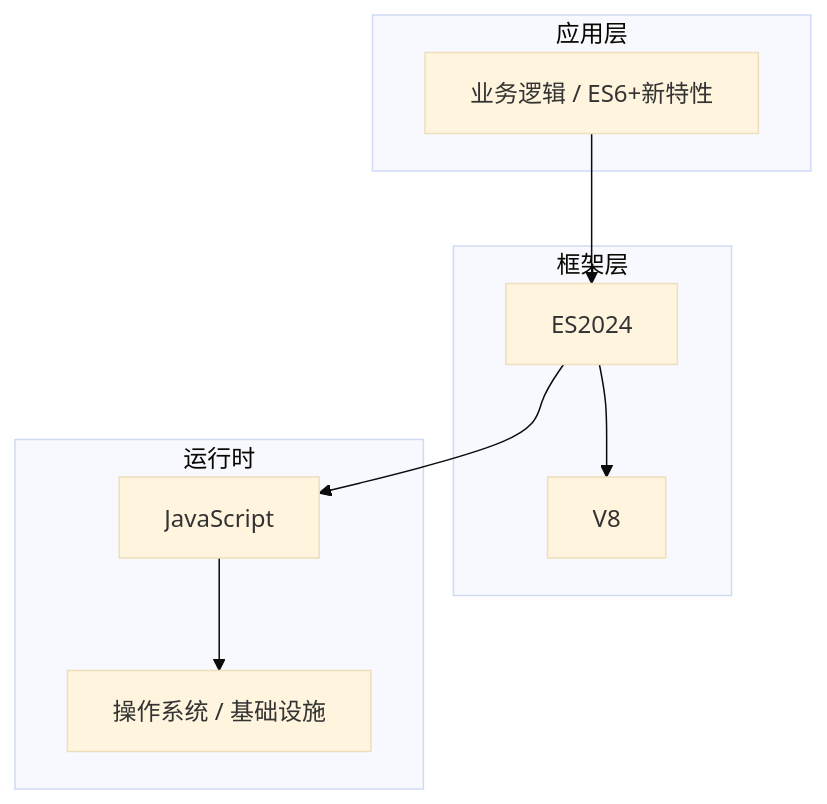
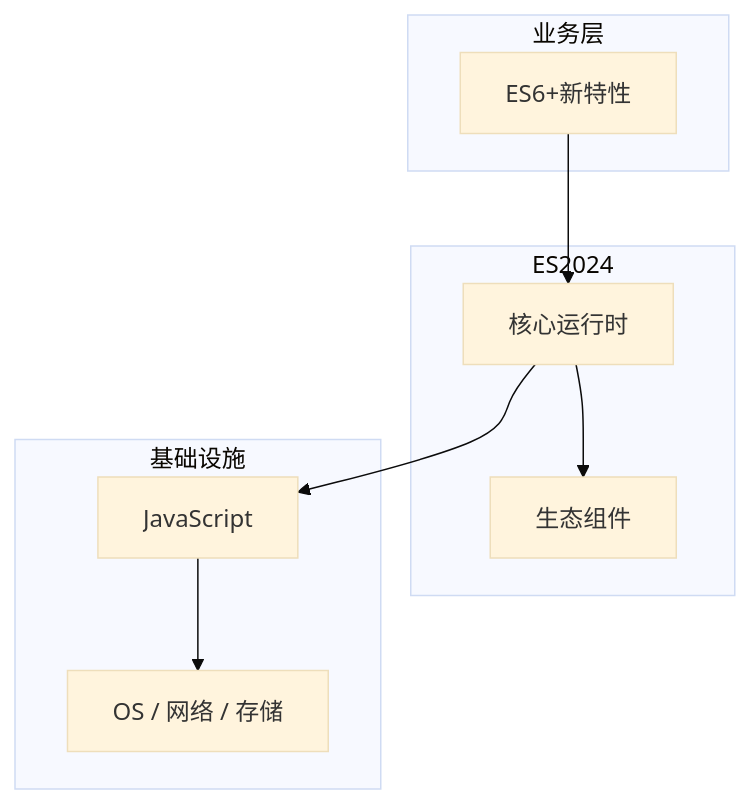
The diagram in articles/JavaScript核心/chapters/109-ES6+新特性核心概念与原理.md (yanggan2015/knowledge-json-v2), drawn with Mermaid (base theme) before and after one commit. The commit also changed other lines of this file and 10127 other files, not shown here.

````diff
--- a/articles/JavaScript核心/chapters/109-ES6+新特性核心概念与原理.md
+++ b/articles/JavaScript核心/chapters/109-ES6+新特性核心概念与原理.md
@@ -45,18 +34,18 @@
 ```mermaid
 graph TB
-    subgraph 应用层
-        A[业务逻辑 / ES6+新特性]
+    subgraph 业务层
+        A[ES6+新特性]
     end
-    subgraph 框架层
-        B[ES2024]
-        C[V8]
+    subgraph ES2024
+        B[核心运行时]
+        C[生态组件]
     end
-    subgraph 运行时
+    subgraph 基础设施
         D[JavaScript]
-        E[操作系统 / 基础设施]
+        E[OS / 网络 / 存储]
     end
     A --> B
     B --> C
     B --> D
     D --> E
 ```
````
